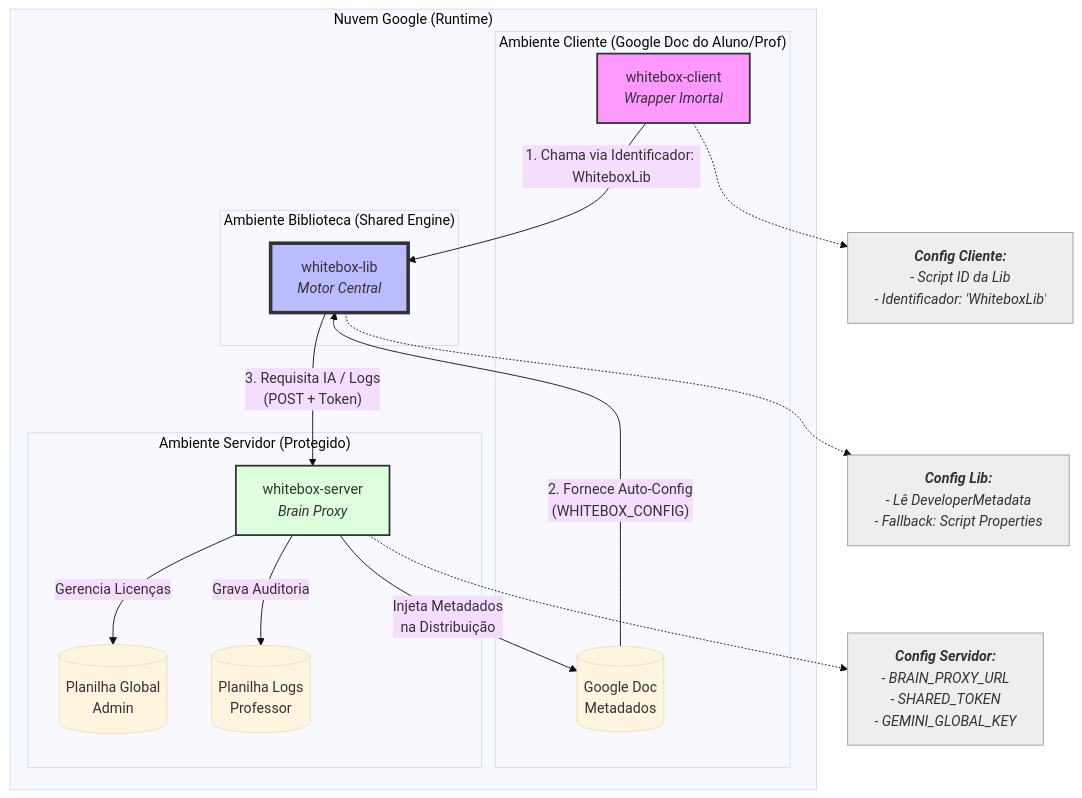
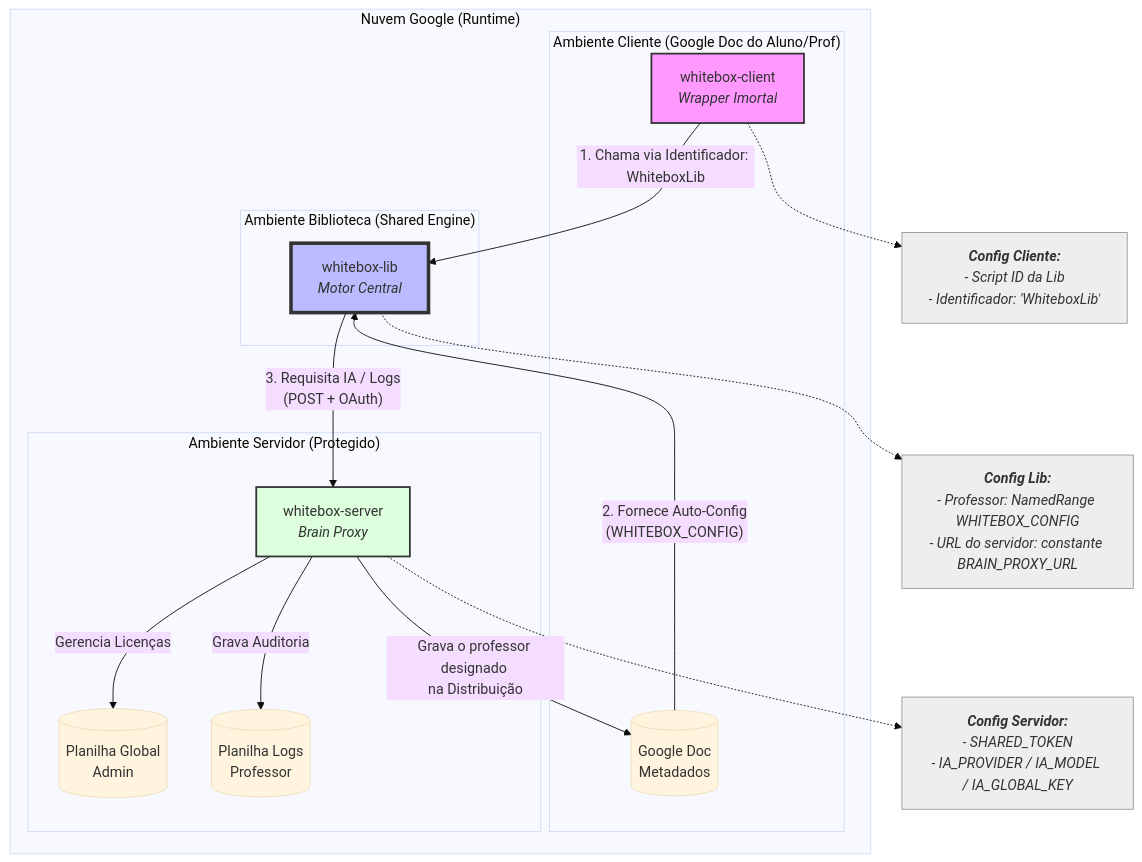
Before and after one commit to b566776/whitebox: the diagram in README.md, drawn with Mermaid (base theme). The commit also changed other lines of this file and 31 other files, not shown here.

````diff
--- a/README.md
+++ b/README.md
@@ -48,46 +48,46 @@
 ```mermaid
 graph TD
     subgraph "Nuvem Google (Runtime)"
         subgraph "Ambiente Cliente (Google Doc do Aluno/Prof)"
             Client[whitebox-client <br/><i>Wrapper Imortal</i>]
             Doc[(Google Doc <br/>Metadados)]
         end
 
         subgraph "Ambiente Biblioteca (Shared Engine)"
             Lib[whitebox-lib <br/><i>Motor Central</i>]
         end
 
         subgraph "Ambiente Servidor (Protegido)"
             Server[whitebox-server <br/><i>Brain Proxy</i>]
             AdminDB[(Planilha Global <br/>Admin)]
             ProfDB[(Planilha Logs <br/>Professor)]
         end
     end
 
     %% Conexões de Código
     Client -- "1. Chama via Identificador: WhiteboxLib" --> Lib
     
     %% Fluxo de Configuração
     Doc -- "2. Fornece Auto-Config <br/>(WHITEBOX_CONFIG)" --> Lib
-    Lib -- "3. Requisita IA / Logs <br/>(POST + Token)" --> Server
+    Lib -- "3. Requisita IA / Logs <br/>(POST + OAuth)" --> Server
 
     %% Persistência e Integração
     Server -- "Grava Auditoria" --> ProfDB
     Server -- "Gerencia Licenças" --> AdminDB
-    Server -- "Injeta Metadados <br/>na Distribuição" --> Doc
+    Server -- "Grava o professor designado <br/>na Distribuição" --> Doc
 
     %% Detalhes de Configuração
     style Client fill:#f9f,stroke:#333,stroke-width:2px
     style Lib fill:#bbf,stroke:#333,stroke-width:4px
     style Server fill:#dfd,stroke:#333,stroke-width:2px
 
     classDef config font-style:italic,fill:#eee,stroke:#999
     
     C_Config["<b>Config Cliente:</b><br/>- Script ID da Lib<br/>- Identificador: 'WhiteboxLib'"]:::config
-    L_Config["<b>Config Lib:</b><br/>- Lê DeveloperMetadata<br/>- Fallback: Script Properties"]:::config
-    S_Config["<b>Config Servidor:</b><br/>- BRAIN_PROXY_URL<br/>- SHARED_TOKEN<br/>- GEMINI_GLOBAL_KEY"]:::config
+    L_Config["<b>Config Lib:</b><br/>- Professor: NamedRange WHITEBOX_CONFIG<br/>- URL do servidor: constante BRAIN_PROXY_URL"]:::config
+    S_Config["<b>Config Servidor:</b><br/>- SHARED_TOKEN<br/>- IA_PROVIDER / IA_MODEL / IA_GLOBAL_KEY"]:::config
 
     Client -.-> C_Config
     Lib -.-> L_Config
     Server -.-> S_Config
 ```
````
